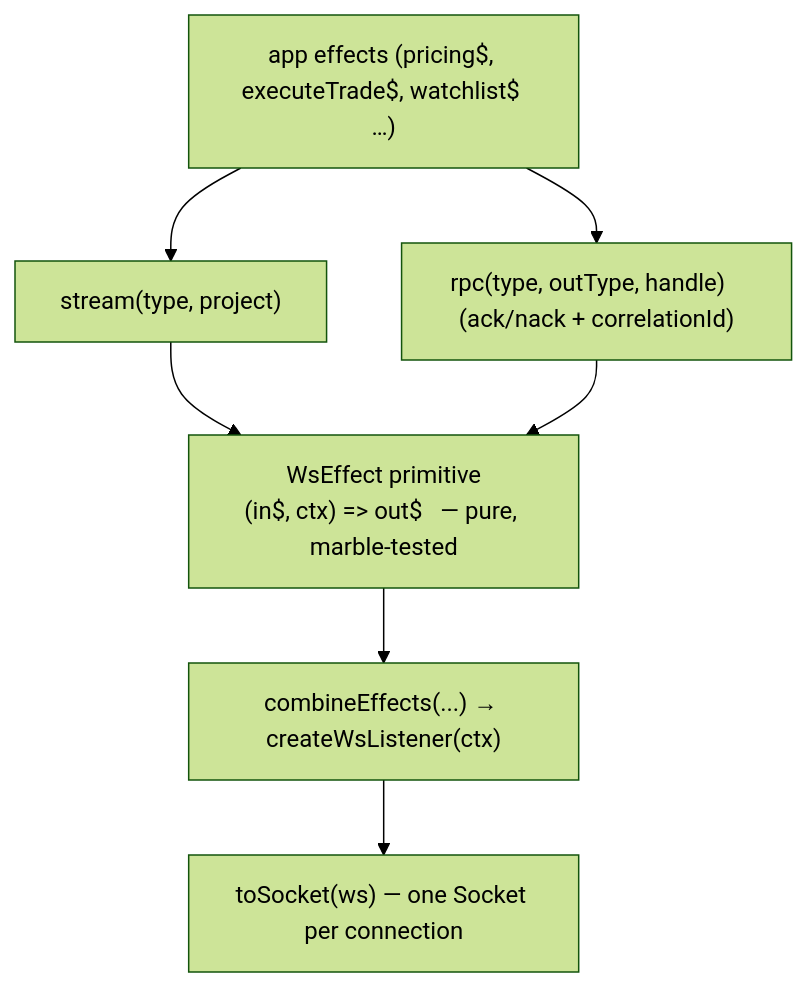
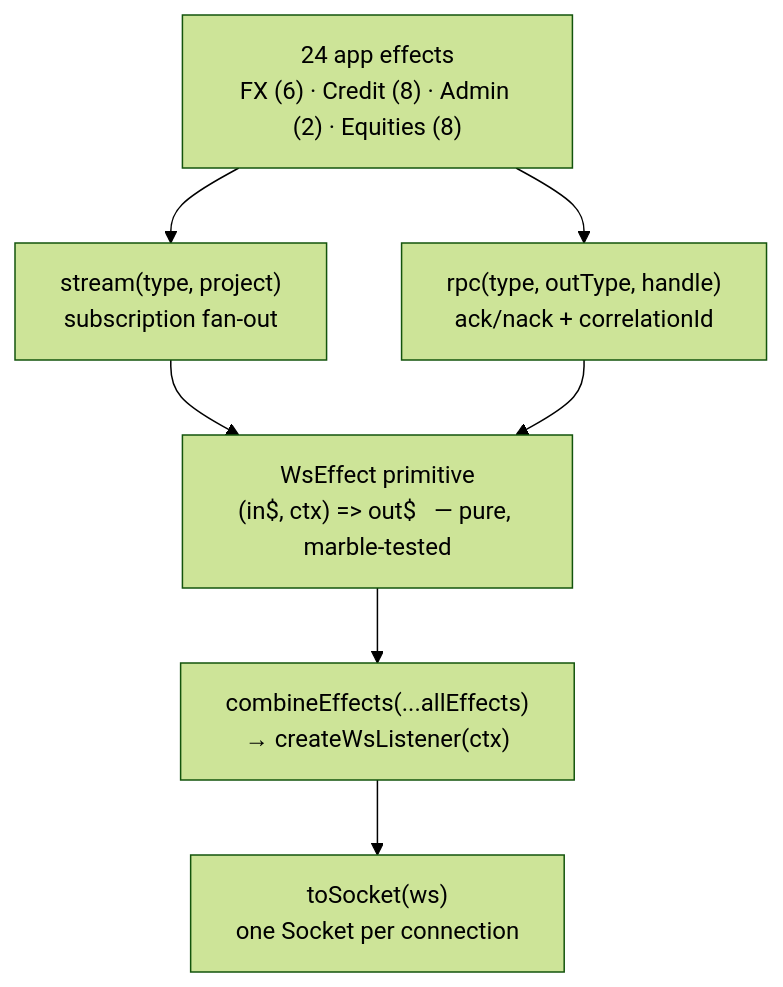
One commit to bettersoftware-io/ReactiveTraderCloudClone changed diagram 25 of 29 in docs/architecture.md. Above: the diagram before and after it, drawn with Mermaid (forest theme). The commit also changed other lines of this file and 4 other files, not shown here.

First line of the commit message:
docs(architecture): sync architecture.md with the multi-client reality

````diff
--- a/docs/architecture.md
+++ b/docs/architecture.md
@@ -1204,10 +1493,10 @@
 ```mermaid
 flowchart TD
     Core["WsEffect primitive<br/>(in$, ctx) => out$   — pure, marble-tested"]
-    Sugar1["stream(type, project)"] --> Core
-    Sugar2["rpc(type, outType, handle)   (ack/nack + correlationId)"] --> Core
-    App["app effects (pricing$, executeTrade$, watchlist$ …)"] --> Sugar1
+    Sugar1["stream(type, project)<br/>subscription fan-out"] --> Core
+    Sugar2["rpc(type, outType, handle)<br/>ack/nack + correlationId"] --> Core
+    App["24 app effects<br/>FX (6) · Credit (8) · Admin (2) · Equities (8)"] --> Sugar1
     App --> Sugar2
-    Core --> Combine["combineEffects(...) → createWsListener(ctx)"]
-    Combine --> Socket["toSocket(ws) — one Socket per connection"]
+    Core --> Combine["combineEffects(...allEffects)<br/>→ createWsListener(ctx)"]
+    Combine --> Socket["toSocket(ws)<br/>one Socket per connection"]
 ```
````
